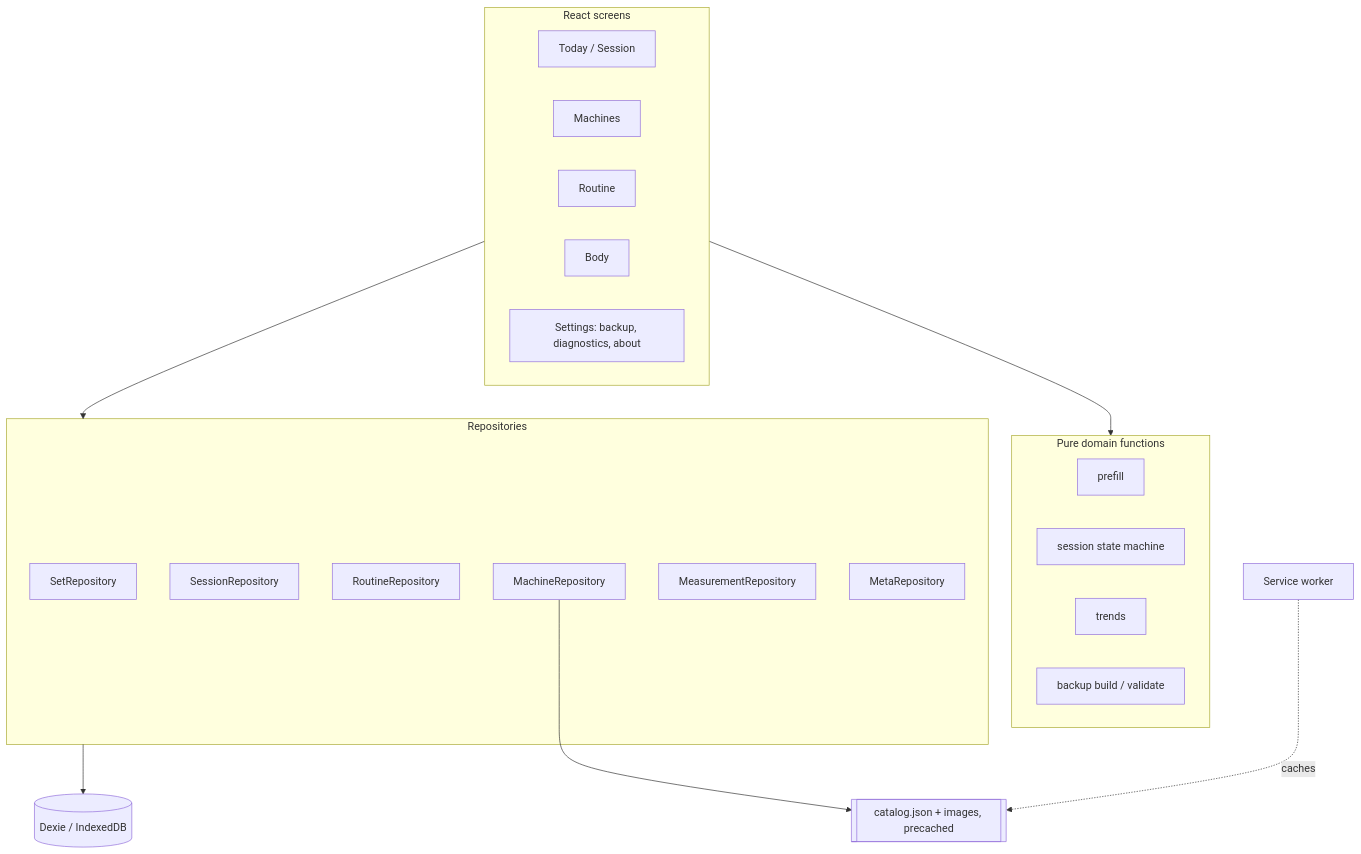
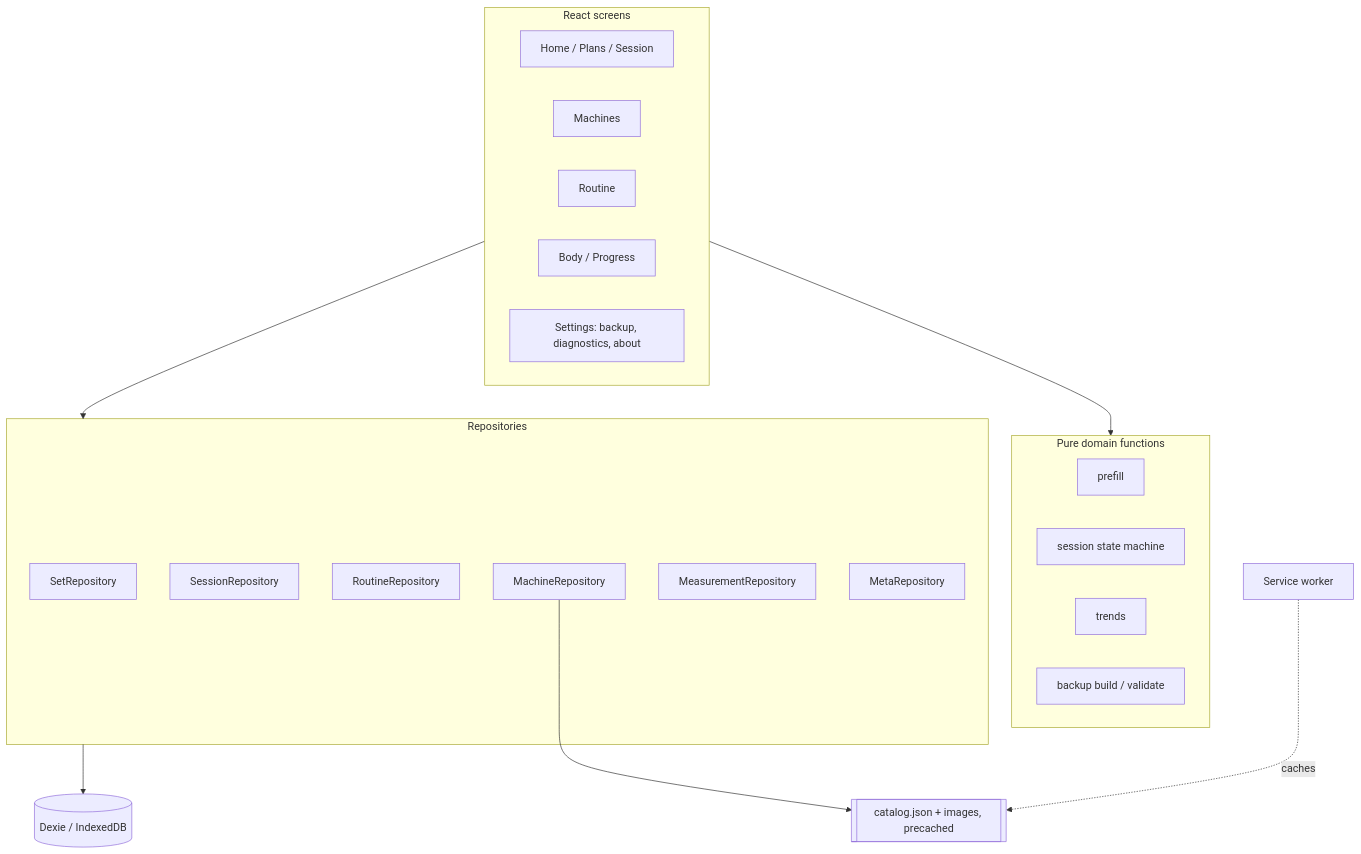
One commit to MohamedTharwatMohamed/WorkoutTracker changed the diagram in docs/designs/workout_tracker.md. Above: the diagram before and after it, drawn with Mermaid. The commit also changed other lines of this file and 85 other files, not shown here.

````diff
--- a/docs/designs/workout_tracker.md
+++ b/docs/designs/workout_tracker.md
@@ -213,32 +215,32 @@
 ```mermaid
 flowchart TB
   subgraph UI[React screens]
-    Today[Today / Session]
+    Today[Home / Plans / Session]
     Machines[Machines]
     Routines[Routine]
-    Body[Body]
+    Body[Body / Progress]
     Settings[Settings: backup, diagnostics, about]
   end
   subgraph Domain[Pure domain functions]
     Prefill[prefill]
     SessionSM[session state machine]
     Trends[trends]
     Backup[backup build / validate]
   end
   subgraph Data[Repositories]
     SetRepo[SetRepository]
     SessionRepo[SessionRepository]
     RoutineRepo[RoutineRepository]
     MachineRepo[MachineRepository]
     MeasureRepo[MeasurementRepository]
     MetaRepo[MetaRepository]
   end
   DB[(Dexie / IndexedDB)]
   Catalog[[catalog.json + images, precached]]
   SW[Service worker]
   UI --> Domain
   UI --> Data
   Data --> DB
   MachineRepo --> Catalog
   SW -. caches .-> Catalog
 ```
````
